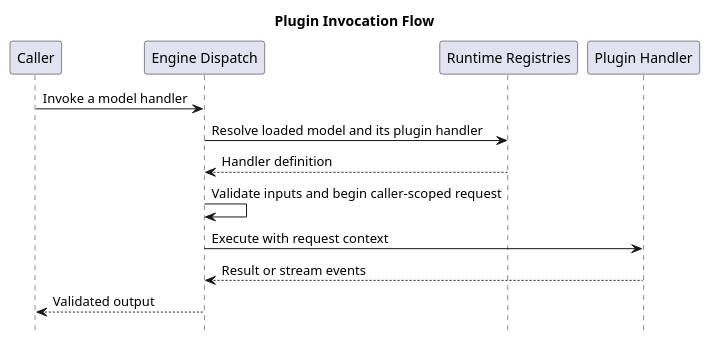
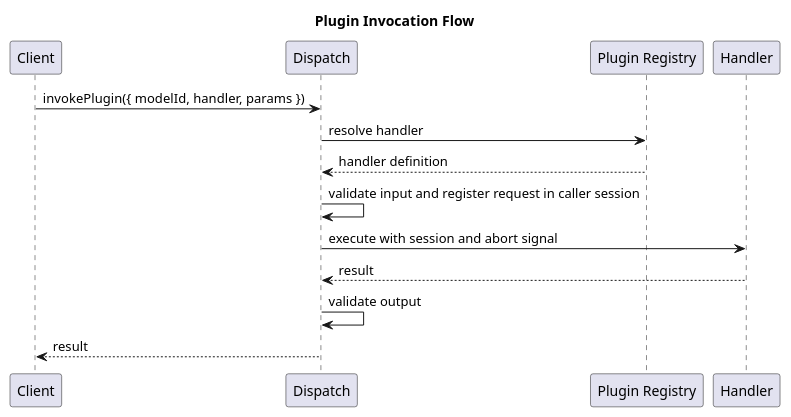
Before and after one commit to tetherto/qvac: the diagram in docs/architecture/puml/04-plugin-invocation-flow.puml, drawn with PlantUML. The commit also changed 16 other files, not shown here.

Commit message:
doc[notask]: limit SDK diagram updates to architecture changes

```diff
--- a/docs/architecture/puml/04-plugin-invocation-flow.puml
+++ b/docs/architecture/puml/04-plugin-invocation-flow.puml
@@ -1,17 +1,18 @@
 @startuml
 title Plugin Invocation Flow
-hide footbox
 
-participant "Caller" as Caller
-participant "Engine Dispatch" as Dispatch
-participant "Runtime Registries" as State
-participant "Plugin Handler" as Handler
+participant "Client" as Client
+participant "Dispatch" as Dispatch
+participant "Plugin Registry" as PluginReg
+participant "Handler" as Handler
 
-Caller -> Dispatch : Invoke a model handler
-Dispatch -> State : Resolve loaded model and its plugin handler
-State --> Dispatch : Handler definition
-Dispatch -> Dispatch : Validate inputs and begin caller-scoped request
-Dispatch -> Handler : Execute with request context
-Handler --> Dispatch : Result or stream events
-Dispatch --> Caller : Validated output
+Client -> Dispatch : invokePlugin({ modelId, handler, params })
+Dispatch -> PluginReg : resolve handler
+PluginReg --> Dispatch : handler definition
+Dispatch -> Dispatch : validate input and register request in caller session
+Dispatch -> Handler : execute with session and abort signal
+Handler --> Dispatch : result
+Dispatch -> Dispatch : validate output
+Dispatch --> Client : result
+
 @enduml
```
